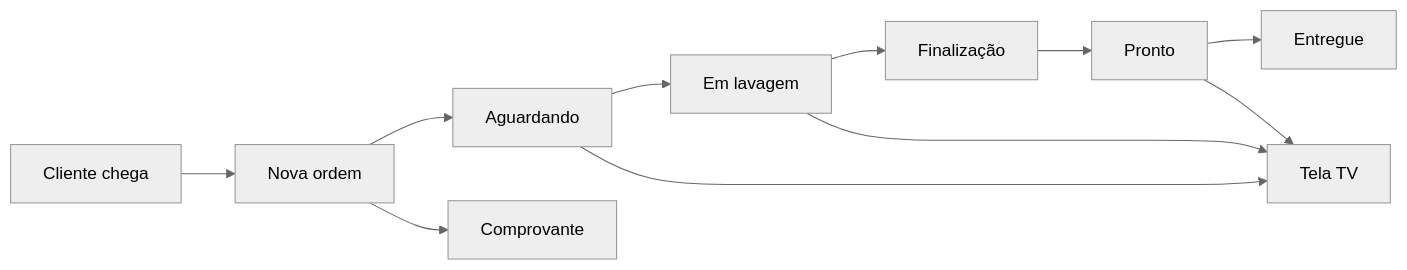
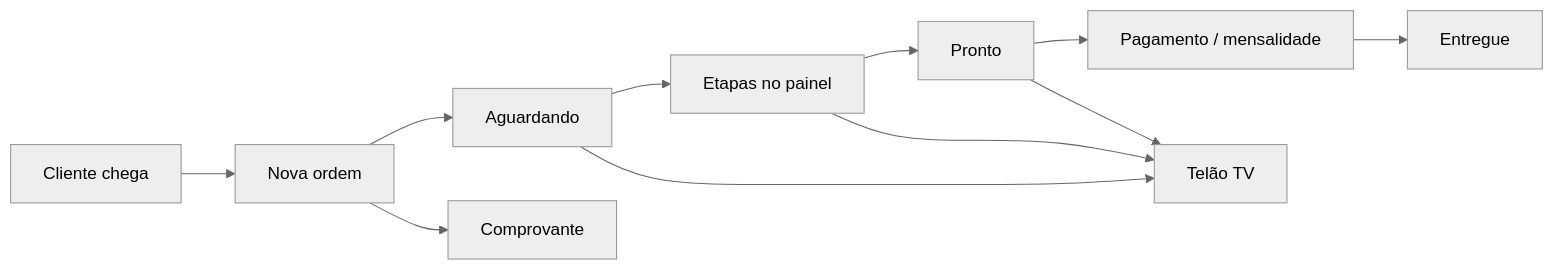
The diagram in README.md (Yuritborges/GoMotors), drawn with Mermaid (neutral theme) before and after one commit. The commit also changed other lines of this file and 3 other files, not shown here.

````diff
--- a/README.md
+++ b/README.md
@@ -251,13 +238,13 @@
 ```mermaid
 flowchart LR
     A[Cliente chega] --> B[Nova ordem]
     B --> C[Aguardando]
-    C --> D[Em lavagem]
-    D --> E[Finalização]
-    E --> F[Pronto]
+    C --> D[Etapas no painel]
+    D --> E[Pronto]
+    E --> F[Pagamento / mensalidade]
     F --> G[Entregue]
     B --> H[Comprovante]
-    C --> I[Tela TV]
+    C --> I[Telão TV]
     D --> I
-    F --> I
+    E --> I
 ```
````
